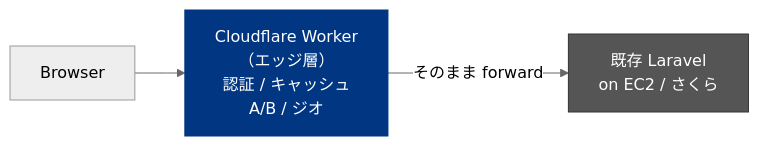
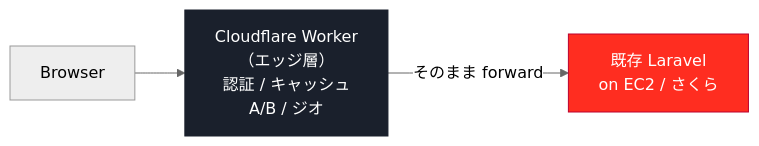
Before and after one commit to SuguruOoki/cloudflare-php-demo: the diagram in slides/diagrams/hybrid.mmd, drawn with Mermaid (neutral theme). The commit also changed 11 other files, not shown here.

```diff
--- a/slides/diagrams/hybrid.mmd
+++ b/slides/diagrams/hybrid.mmd
@@ -1,8 +1,8 @@
 flowchart LR
     B[Browser] --> W["Cloudflare Worker<br/>（エッジ層）<br/>認証 / キャッシュ<br/>A/B / ジオ"]
     W -->|そのまま forward| O["既存 Laravel<br/>on EC2 / さくら"]
 
-    classDef edge fill:#003682,stroke:#003682,color:#fff
-    classDef origin fill:#555,stroke:#333,color:#fff
+    classDef edge fill:#1A202C,stroke:#1A202C,color:#fff
+    classDef origin fill:#FF2D20,stroke:#BC002D,color:#fff
     class W edge
     class O origin
```
